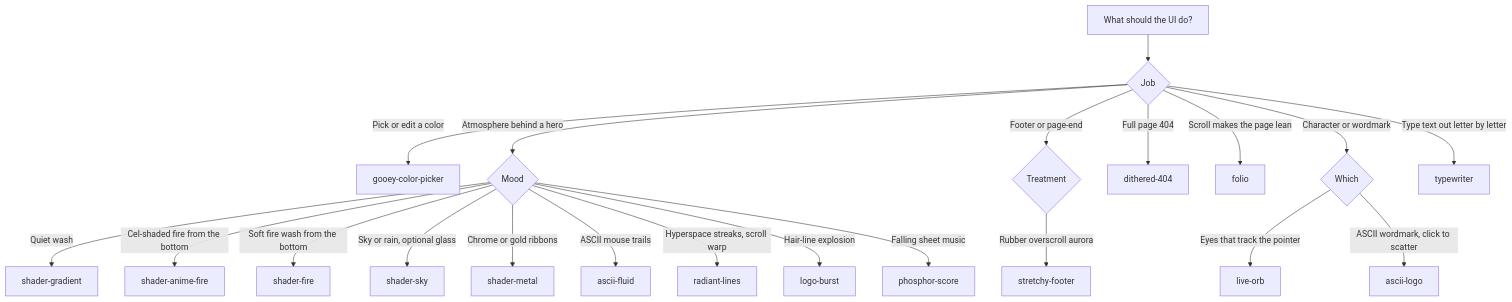
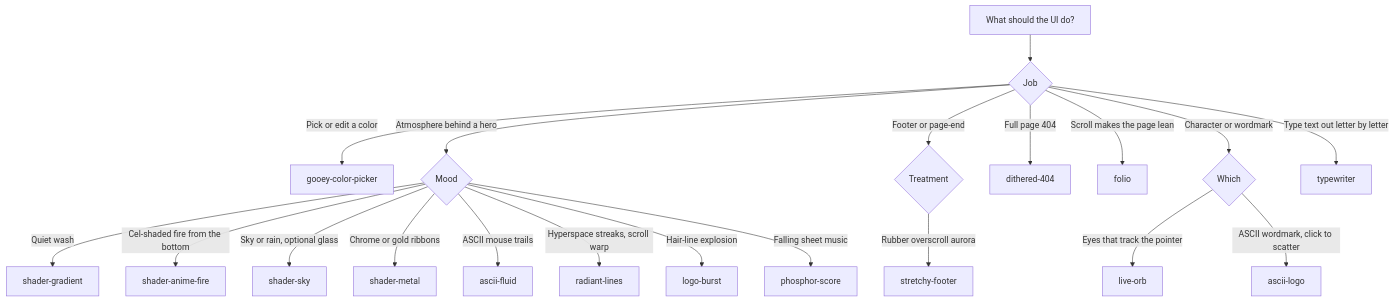
Before and after one commit to radiumcoders/23rd.dev: the diagram in skills/23rd/SKILL.md, drawn with Mermaid. The commit also changed other lines of this file and 24 other files, not shown here.

Commit message:
Remove the Shader Fire component.

````diff
--- a/skills/23rd/SKILL.md
+++ b/skills/23rd/SKILL.md
@@ -84,24 +84,23 @@
 ```mermaid
 flowchart TD
   start[What should the UI do?]
   start --> pick{Job}
   pick -->|Pick or edit a color| gooey[gooey-color-picker]
   pick -->|Atmosphere behind a hero| atmo{Mood}
   pick -->|Footer or page-end| foot{Treatment}
   pick -->|Full page 404| d404[dithered-404]
   pick -->|Scroll makes the page lean| folio[folio]
   pick -->|Character or wordmark| mark{Which}
   pick -->|Type text out letter by letter| tw[typewriter]
   atmo -->|Quiet wash| sg[shader-gradient]
   atmo -->|Cel-shaded fire from the bottom| saf[shader-anime-fire]
-  atmo -->|Soft fire wash from the bottom| sf[shader-fire]
   atmo -->|Sky or rain, optional glass| ss[shader-sky]
   atmo -->|Chrome or gold ribbons| sm[shader-metal]
   atmo -->|ASCII mouse trails| af[ascii-fluid]
   atmo -->|Hyperspace streaks, scroll warp| rl[radiant-lines]
   atmo -->|Hair-line explosion| lb[logo-burst]
   atmo -->|Falling sheet music| ps[phosphor-score]
   foot -->|Rubber overscroll aurora| st[stretchy-footer]
   mark -->|Eyes that track the pointer| orb[live-orb]
   mark -->|ASCII wordmark, click to scatter| al[ascii-logo]
 ```
````
